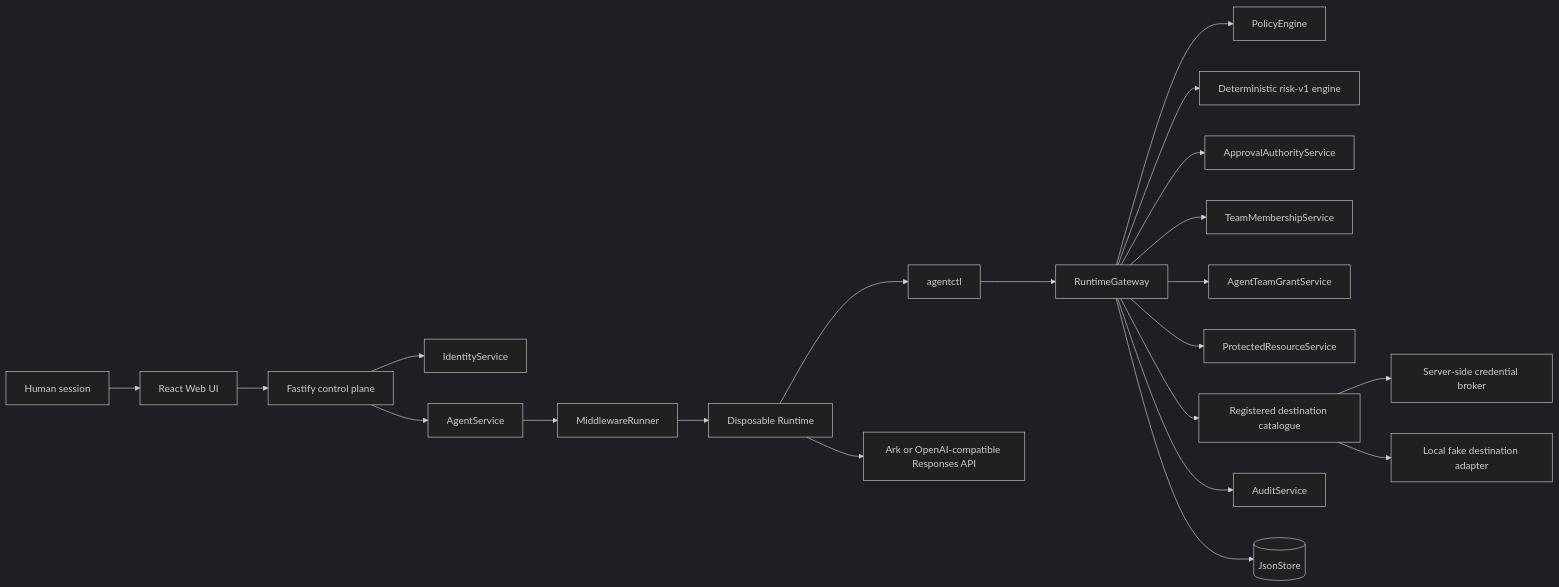
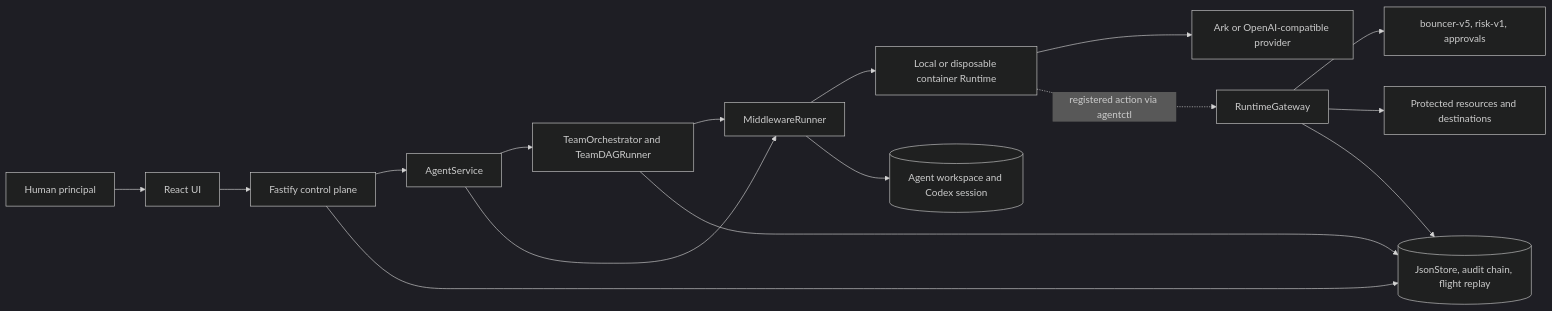
Before and after one commit to CloudKai/NawGate: the diagram in docs/nawgate/architecture.md, drawn with Mermaid (dark theme). The commit also changed other lines of this file and 12 other files, not shown here.

Commit message:
docs: refresh NawGate architecture diagrams

````diff
--- a/docs/nawgate/architecture.md
+++ b/docs/nawgate/architecture.md
@@ -10,23 +14,18 @@
 ```mermaid
 flowchart LR
-  Human[Human session] --> UI[React Web UI]
+  Human[Human principal] --> UI[React UI]
   UI --> API[Fastify control plane]
-  API --> Identity[IdentityService]
-  API --> Agents[AgentService]
-  Agents --> Runner[MiddlewareRunner]
-  Runner --> Runtime[Disposable Runtime]
-  Runtime --> CLI[agentctl]
-  CLI --> Gateway[RuntimeGateway]
-  Gateway --> Policy[PolicyEngine]
-  Gateway --> Risk[Deterministic risk-v1 engine]
-  Gateway --> Authorities[ApprovalAuthorityService]
-  Gateway --> Memberships[TeamMembershipService]
-  Gateway --> Grants[AgentTeamGrantService]
-  Gateway --> Resources[ProtectedResourceService]
-  Gateway --> Destinations[Registered destination catalogue]
-  Destinations --> Broker[Server-side credential broker]
-  Destinations --> Adapter[Local fake destination adapter]
-  Gateway --> Audit[AuditService]
-  Gateway --> Store[(JsonStore)]
-  Runtime --> Provider[Ark or OpenAI-compatible Responses API]
+  API --> Agent[AgentService]
+  Agent --> Coord[TeamOrchestrator and TeamDAGRunner]
+  Agent --> Run[MiddlewareRunner]
+  Coord --> Run
+  Run --> Runtime[Local or disposable container Runtime]
+  Runtime --> Provider[Ark or OpenAI-compatible provider]
+  Runtime -. registered action via agentctl .-> Gateway[RuntimeGateway]
+  Gateway --> Policy[bouncer-v5, risk-v1, approvals]
+  Gateway --> Protected[Protected resources and destinations]
+  API --> State[(JsonStore, audit chain, flight replay)]
+  Coord --> State
+  Gateway --> State
+  Run --> Workspace[(Agent workspace and Codex session)]
 ```
````
